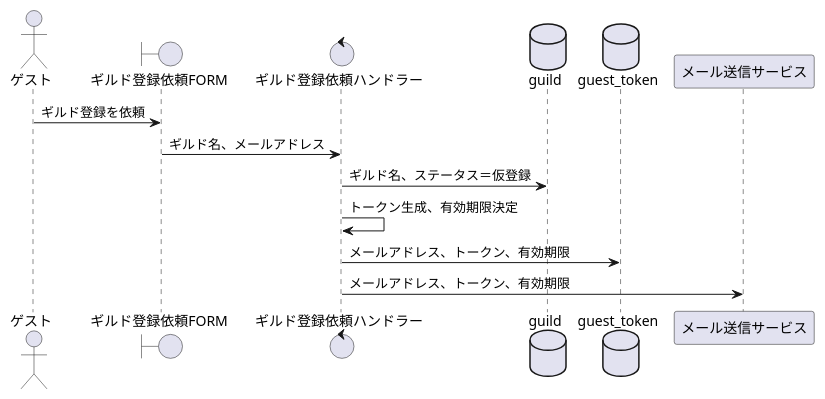
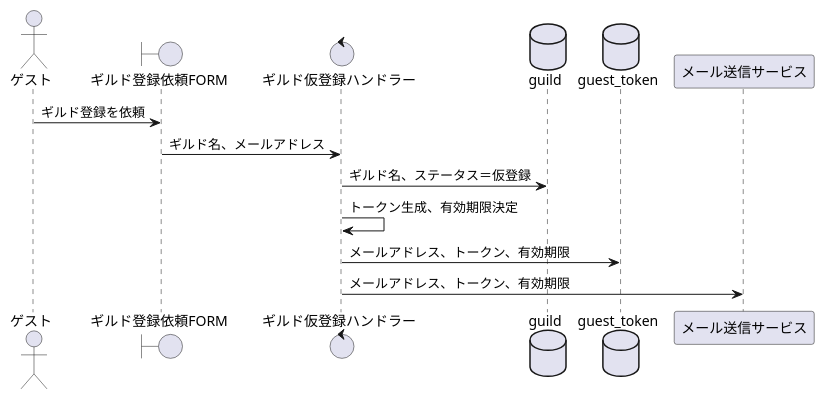
Before and after one commit to sky0621/familiagildo: the diagram in design/sequence/ギルド登録を依頼する.puml, drawn with PlantUML. The commit also changed 4 other files, not shown here.

```diff
--- a/design/sequence/ギルド登録を依頼する.puml
+++ b/design/sequence/ギルド登録を依頼する.puml
@@ -1,17 +1,17 @@
 @startuml
 
 actor ゲスト as guest
 boundary ギルド登録依頼FORM as form
-control ギルド登録依頼ハンドラー as handler
+control ギルド仮登録ハンドラー as handler
 database guild
 database guest_token
 participant メール送信サービス as mail
 
 guest -> form:ギルド登録を依頼
 form -> handler:ギルド名、メールアドレス
 handler -> guild:ギルド名、ステータス＝仮登録
 handler -> handler:トークン生成、有効期限決定
 handler -> guest_token:メールアドレス、トークン、有効期限
 handler -> mail:メールアドレス、トークン、有効期限
 
 @enduml
```
